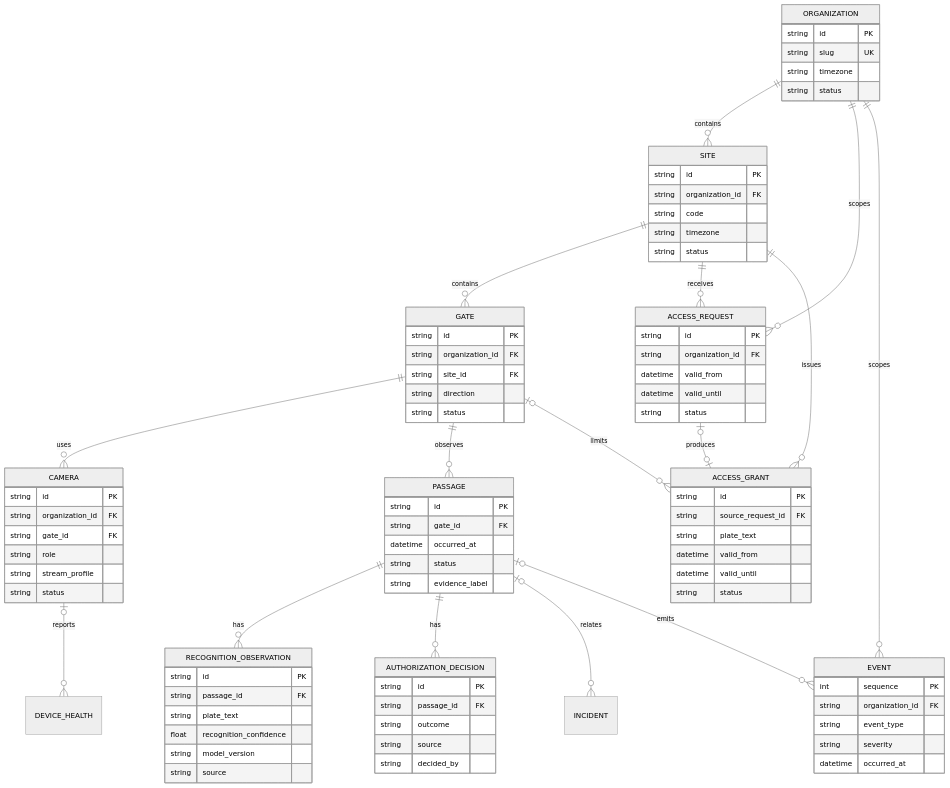
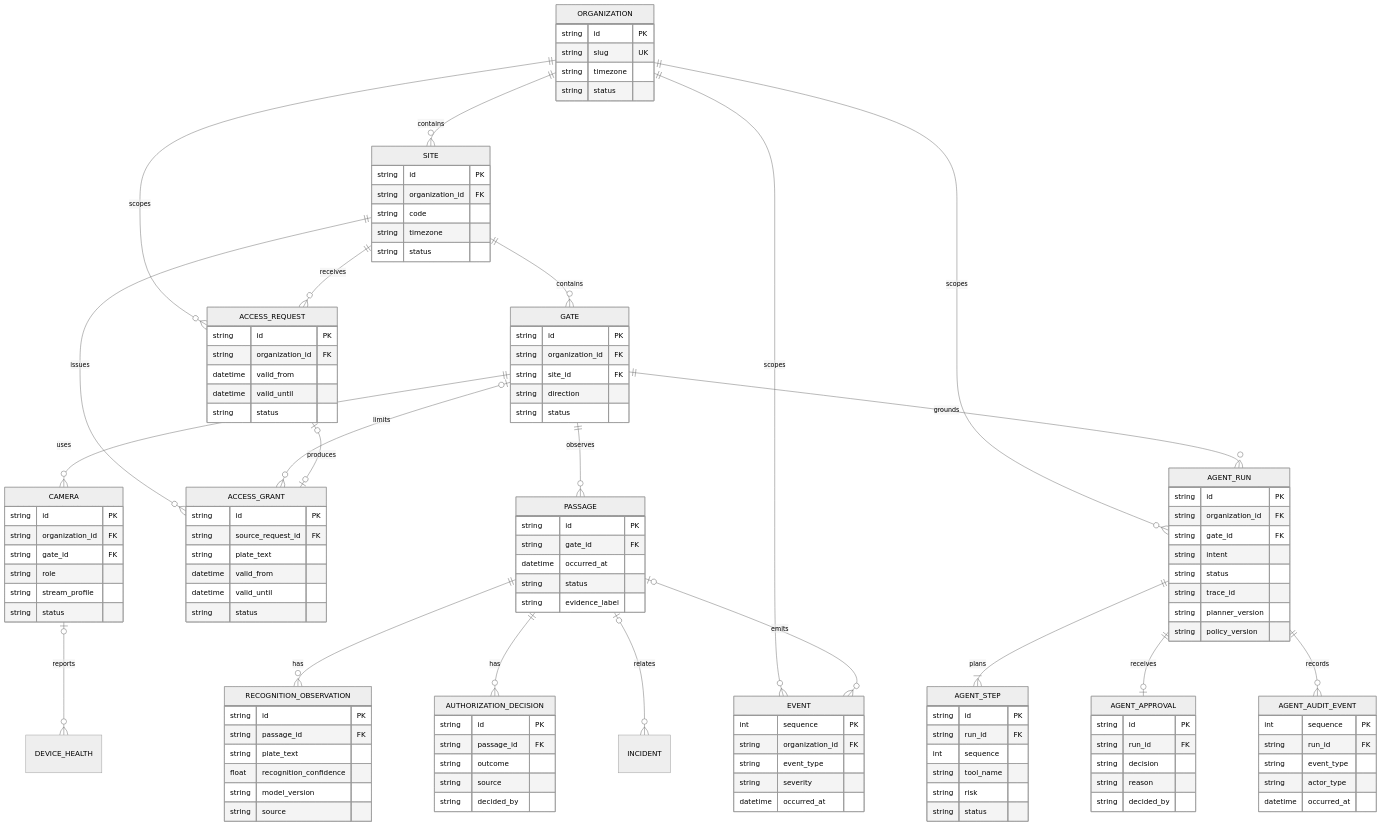
The first of 6 diagrams in docs/platform/data-and-workflows.md (Mohemed-Amine-Chalhy/number-plate-recognition), drawn with Mermaid (neutral theme) before and after one commit. The commit also changed other lines of this file and 18 other files, not shown here.

Commit message:
docs(agentic): document architecture and operating boundaries

````diff
--- a/docs/platform/data-and-workflows.md
+++ b/docs/platform/data-and-workflows.md
@@ -29,11 +30,13 @@
     ORGANIZATION ||--o{ SITE : contains
     ORGANIZATION ||--o{ ACCESS_REQUEST : scopes
     ORGANIZATION ||--o{ EVENT : scopes
+    ORGANIZATION ||--o{ AGENT_RUN : scopes
     SITE ||--o{ GATE : contains
     SITE ||--o{ ACCESS_REQUEST : receives
     SITE ||--o{ ACCESS_GRANT : issues
     GATE ||--o{ CAMERA : uses
     GATE ||--o{ PASSAGE : observes
+    GATE ||--o{ AGENT_RUN : grounds
     GATE o|--o{ ACCESS_GRANT : limits
     ACCESS_REQUEST o|--o| ACCESS_GRANT : produces
     PASSAGE ||--o{ RECOGNITION_OBSERVATION : has
@@ -41,6 +44,9 @@
     PASSAGE o|--o{ INCIDENT : relates
     PASSAGE o|--o{ EVENT : emits
     CAMERA o|--o{ DEVICE_HEALTH : reports
+    AGENT_RUN ||--|{ AGENT_STEP : plans
+    AGENT_RUN ||--o| AGENT_APPROVAL : receives
+    AGENT_RUN ||--o{ AGENT_AUDIT_EVENT : records
 
     ORGANIZATION {
       string id PK
@@ -114,4 +120,36 @@
       string severity
       datetime occurred_at
     }
+    AGENT_RUN {
+      string id PK
+      string organization_id FK
+      string gate_id FK
+      string intent
+      string status
+      string trace_id
+      string planner_version
+      string policy_version
+    }
+    AGENT_STEP {
+      string id PK
+      string run_id FK
+      int sequence
+      string tool_name
+      string risk
+      string status
+    }
+    AGENT_APPROVAL {
+      string id PK
+      string run_id FK
+      string decision
+      string reason
+      string decided_by
+    }
+    AGENT_AUDIT_EVENT {
+      int sequence PK
+      string run_id FK
+      string event_type
+      string actor_type
+      datetime occurred_at
+    }
 ```
````
